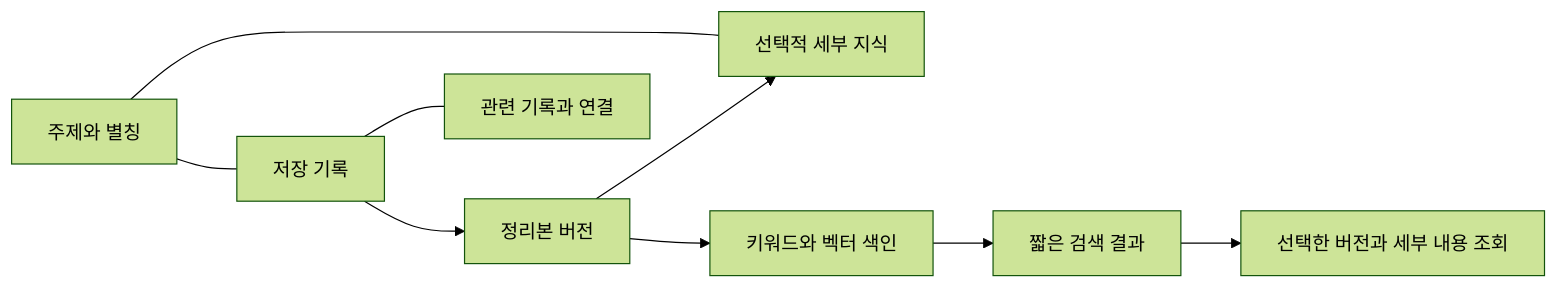
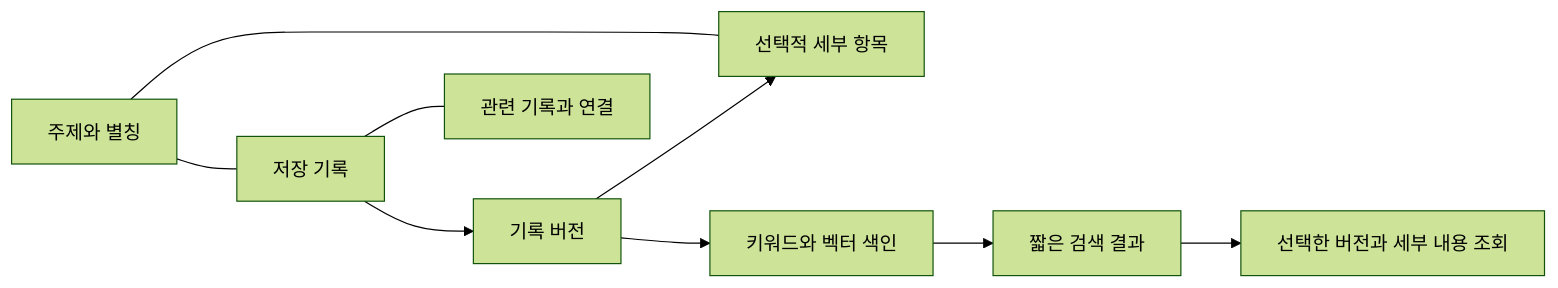
Before and after one commit to jhpark324/cache-me-if-you-can: the diagram in docs/architecture/knowledge-layer.md, drawn with Mermaid (forest theme). The commit also changed other lines of this file and 23 other files, not shown here.

````diff
--- a/docs/architecture/knowledge-layer.md
+++ b/docs/architecture/knowledge-layer.md
@@ -21,11 +22,11 @@
 ```mermaid
 flowchart LR
     C[주제와 별칭] --- R[저장 기록]
-    R --> V[정리본 버전]
-    V --> N[선택적 세부 지식]
+    R --> V[기록 버전]
+    V --> N[선택적 세부 항목]
     C --- N
     V --> I[키워드와 벡터 색인]
     R --- L[관련 기록과 연결]
     I --> S[짧은 검색 결과]
     S --> D[선택한 버전과 세부 내용 조회]
 ```
````
